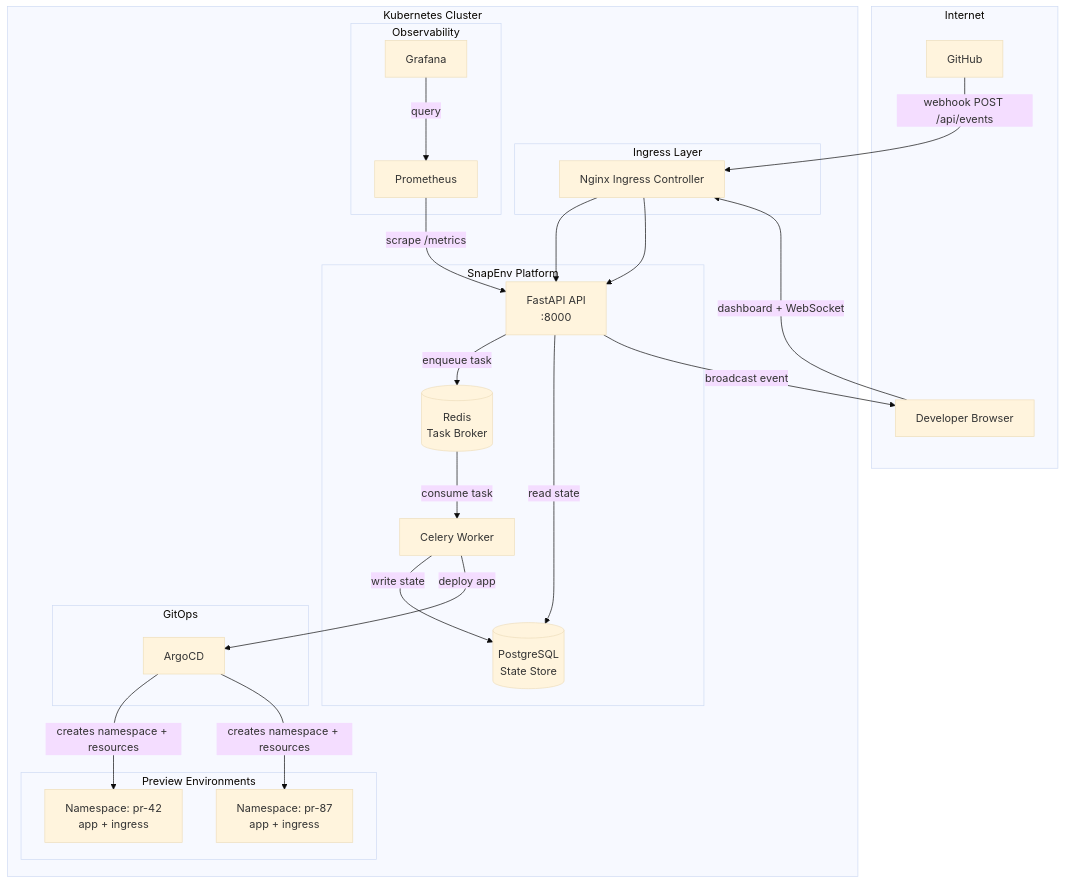
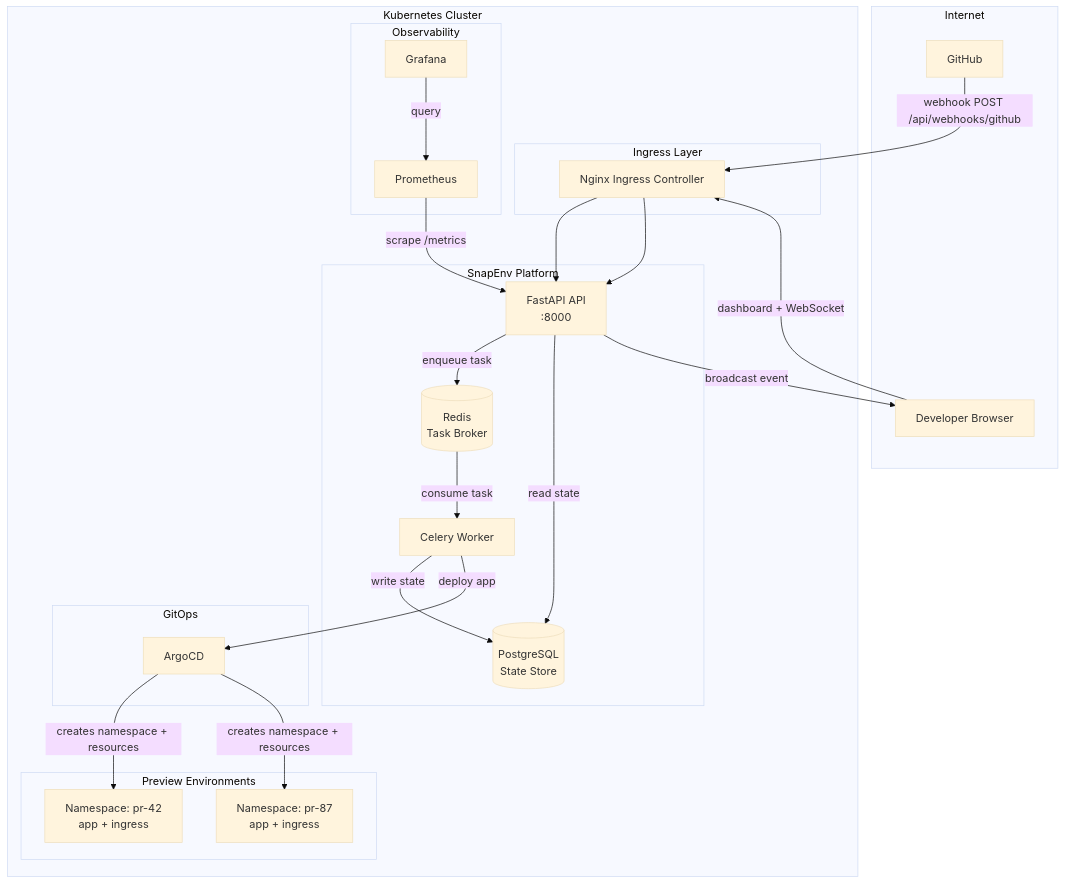
The first of 4 diagrams in README.md (robin-replat/SnapEnv), drawn with Mermaid (base theme) before and after one commit. The commit also changed other lines of this file, not shown here.

Commit message:
docs: update project status and clarify GitHub webhook interactions

````diff
--- a/README.md
+++ b/README.md
@@ -34,47 +36,47 @@
 ```mermaid
 graph TB
     subgraph Internet
         GH[GitHub]
         DEV[Developer Browser]
     end
 
     subgraph Kubernetes Cluster
         subgraph Ingress Layer
             NGX[Nginx Ingress Controller]
         end
 
         subgraph SnapEnv Platform
             API[FastAPI API<br/>:8000]
             WRK[Celery Worker]
             RDS[(Redis<br/>Task Broker)]
             PG[(PostgreSQL<br/>State Store)]
         end
 
         subgraph GitOps
             ACD[ArgoCD]
         end
 
         subgraph Preview Environments
             PR42[Namespace: pr-42<br/>app + ingress]
             PR87[Namespace: pr-87<br/>app + ingress]
         end
 
         subgraph Observability
             PROM[Prometheus]
             GRAF[Grafana]
         end
     end
 
-    GH -- webhook POST /api/events --> NGX --> API
+    GH -- webhook POST /api/webhooks/github --> NGX --> API
     DEV -- dashboard + WebSocket --> NGX --> API
     API -- enqueue task --> RDS
     RDS -- consume task --> WRK
     WRK -- write state --> PG
     WRK -- deploy app --> ACD
     ACD -- creates namespace + resources --> PR42
     ACD -- creates namespace + resources --> PR87
     API -- read state --> PG
     API -- broadcast event --> DEV
     PROM -- scrape /metrics --> API
     GRAF -- query --> PROM
 ```
````
